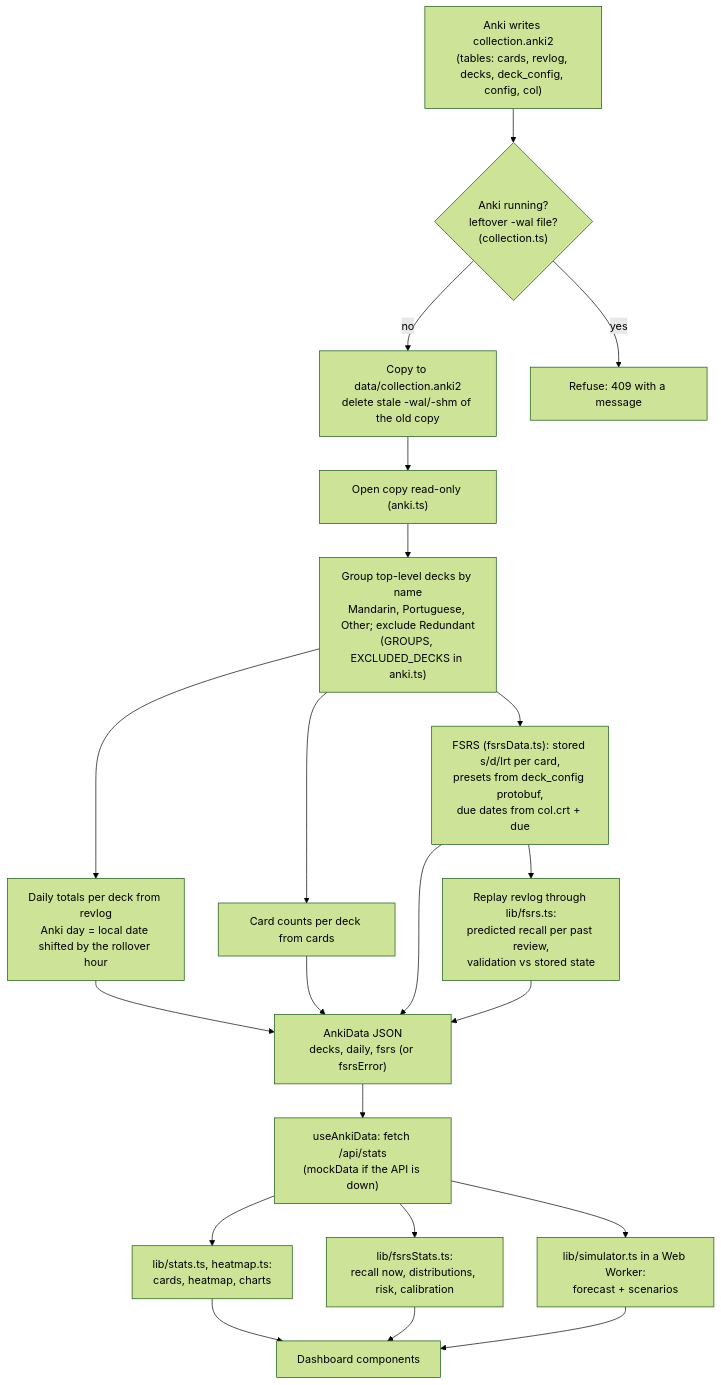
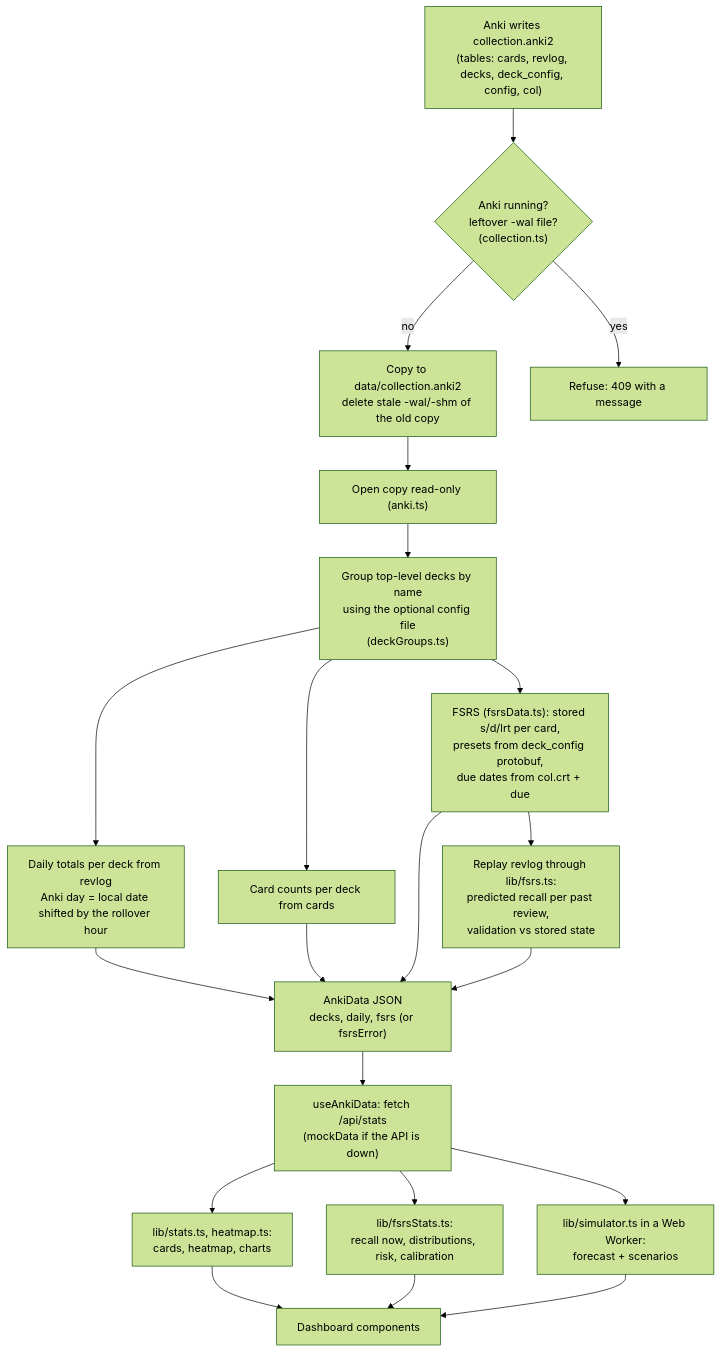
The second of 3 diagrams in ARCHITECTURE.md (ChikazeVanRoy/anki-analytics), drawn with Mermaid (forest theme) before and after one commit. The commit also changed other lines of this file and 7 other files, not shown here.

````diff
--- a/ARCHITECTURE.md
+++ b/ARCHITECTURE.md
@@ -91,35 +91,35 @@
 ```mermaid
 flowchart TD
   A["Anki writes collection.anki2<br/>(tables: cards, revlog, decks, deck_config, config, col)"]
   B{"Anki running?<br/>leftover -wal file?<br/>(collection.ts)"}
   C["Copy to data/collection.anki2<br/>delete stale -wal/-shm of the old copy"]
   X["Refuse: 409 with a message"]
   D["Open copy read-only (anki.ts)"]
-  E["Group top-level decks by name<br/>Mandarin, Portuguese, Other; exclude Redundant<br/>(GROUPS, EXCLUDED_DECKS in anki.ts)"]
+  E["Group top-level decks by name<br/>using the optional config file<br/>(deckGroups.ts)"]
   F["Daily totals per deck from revlog<br/>Anki day = local date shifted by the rollover hour"]
   G["Card counts per deck from cards"]
   H["FSRS (fsrsData.ts): stored s/d/lrt per card,<br/>presets from deck_config protobuf,<br/>due dates from col.crt + due"]
   I["Replay revlog through lib/fsrs.ts:<br/>predicted recall per past review,<br/>validation vs stored state"]
   J["AnkiData JSON<br/>decks, daily, fsrs (or fsrsError)"]
   K["useAnkiData: fetch /api/stats<br/>(mockData if the API is down)"]
   L["lib/stats.ts, heatmap.ts:<br/>cards, heatmap, charts"]
   M["lib/fsrsStats.ts:<br/>recall now, distributions, risk, calibration"]
   N["lib/simulator.ts in a Web Worker:<br/>forecast + scenarios"]
   O["Dashboard components"]
 
   A --> B
   B -- "no" --> C
   B -- "yes" --> X
   C --> D --> E
   E --> F
   E --> G
   E --> H --> I
   F --> J
   G --> J
   H --> J
   I --> J
   J --> K
   K --> L --> O
   K --> M --> O
   K --> N --> O
 ```
````
